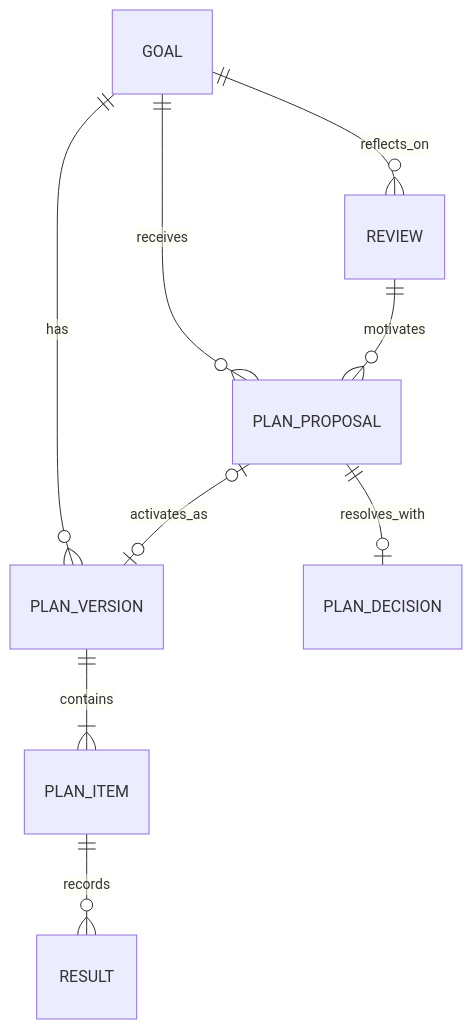
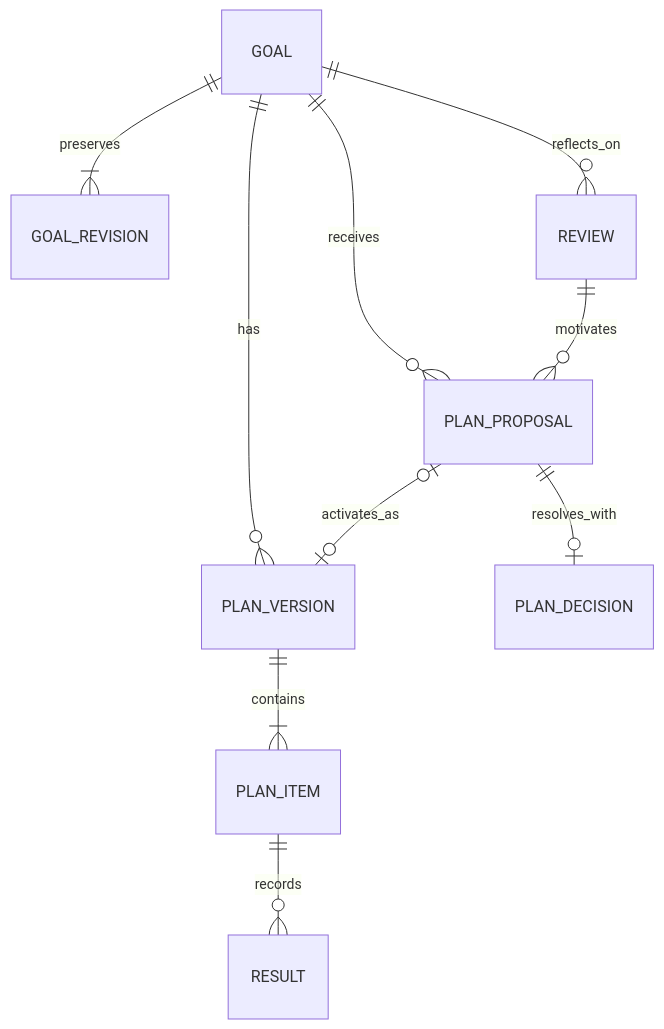
Before and after one commit to johnnyzhang-eng/career-workbench: the second of 2 diagrams in docs/goal-contract.md, drawn with Mermaid. The commit also changed other lines of this file and 3 other files, not shown here.

````diff
--- a/docs/goal-contract.md
+++ b/docs/goal-contract.md
@@ -41,11 +42,12 @@
 ```mermaid
 erDiagram
   GOAL ||--o{ PLAN_VERSION : has
+  GOAL ||--|{ GOAL_REVISION : preserves
   GOAL ||--o{ PLAN_PROPOSAL : receives
   PLAN_PROPOSAL o|--o| PLAN_VERSION : activates_as
   PLAN_VERSION ||--|{ PLAN_ITEM : contains
   PLAN_ITEM ||--o{ RESULT : records
   GOAL ||--o{ REVIEW : reflects_on
   REVIEW ||--o{ PLAN_PROPOSAL : motivates
   PLAN_PROPOSAL ||--o| PLAN_DECISION : resolves_with
 ```
````
